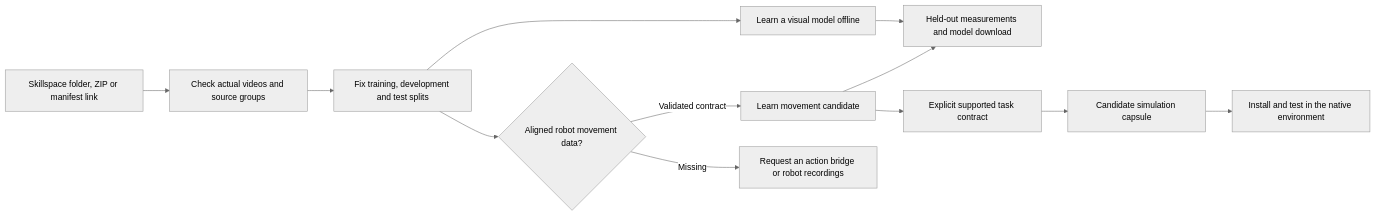
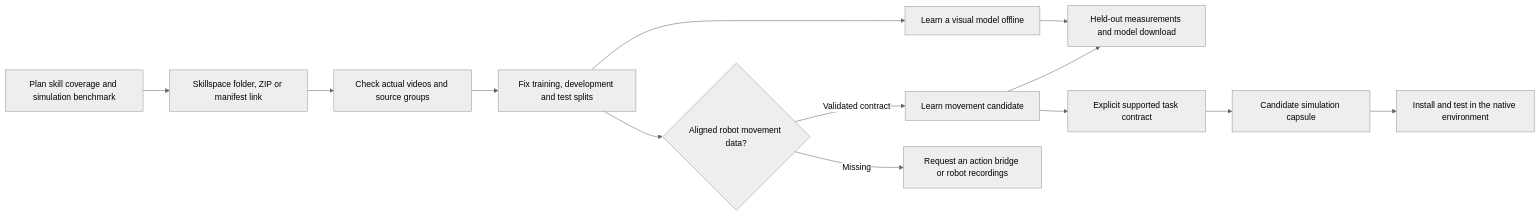
One commit to Dvidia-Inference/dvidia-training changed the diagram in docs/pipeline.md. Above: the diagram before and after it, drawn with Mermaid (neutral theme). The commit also changed other lines of this file and 15 other files, not shown here.

First line of the commit message:
Plan Skillspace coverage and record simulator episode evidence (#3)

````diff
--- a/docs/pipeline.md
+++ b/docs/pipeline.md
@@ -11,14 +11,15 @@
 ```mermaid
 flowchart LR
+  P[Plan skill coverage and simulation benchmark] --> A
   A[Skillspace folder, ZIP or manifest link] --> B[Check actual videos and source groups]
   B --> C[Fix training, development and test splits]
   C --> D[Learn a visual model offline]
   C --> E{Aligned robot movement data?}
   E -->|Validated contract| F[Learn movement candidate]
   E -->|Missing| G[Request an action bridge or robot recordings]
   D --> H[Held-out measurements and model download]
   F --> H
   F --> I[Explicit supported task contract]
   I --> J[Candidate simulation capsule]
   J --> K[Install and test in the native environment]
 ```
````
